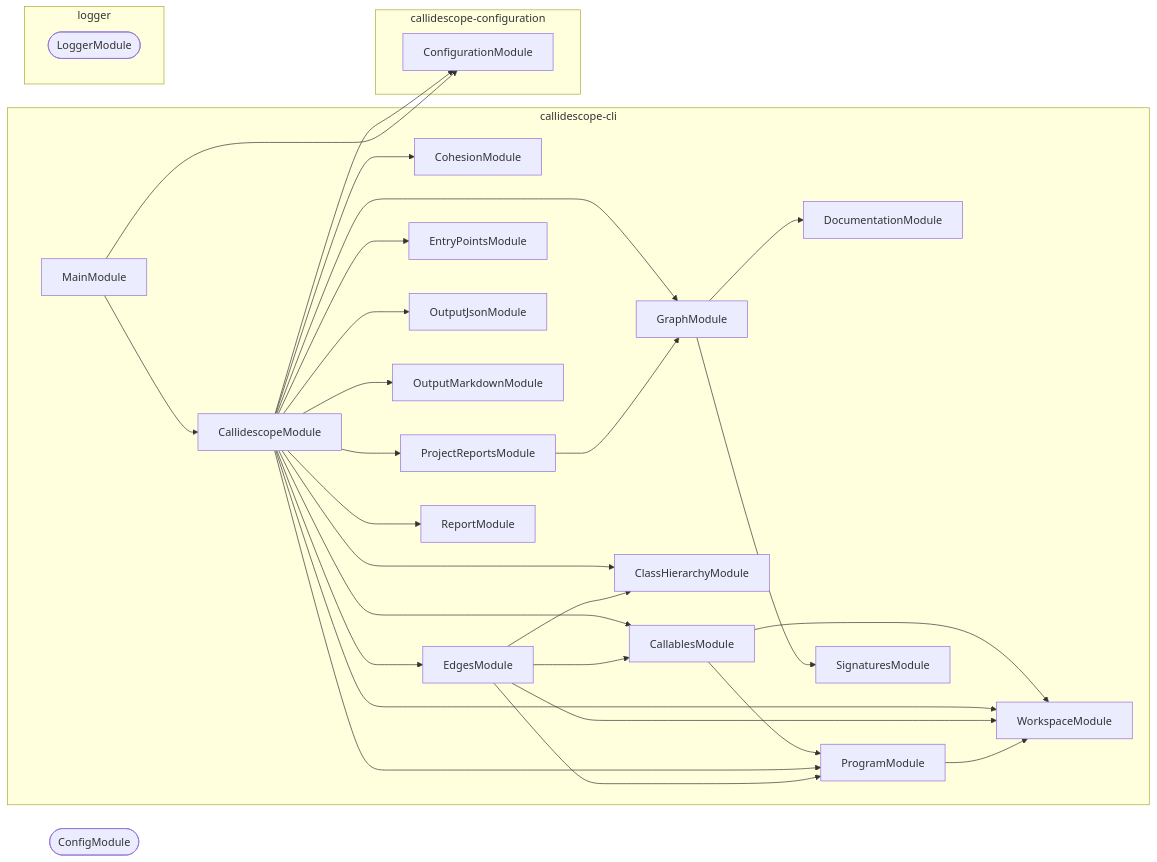
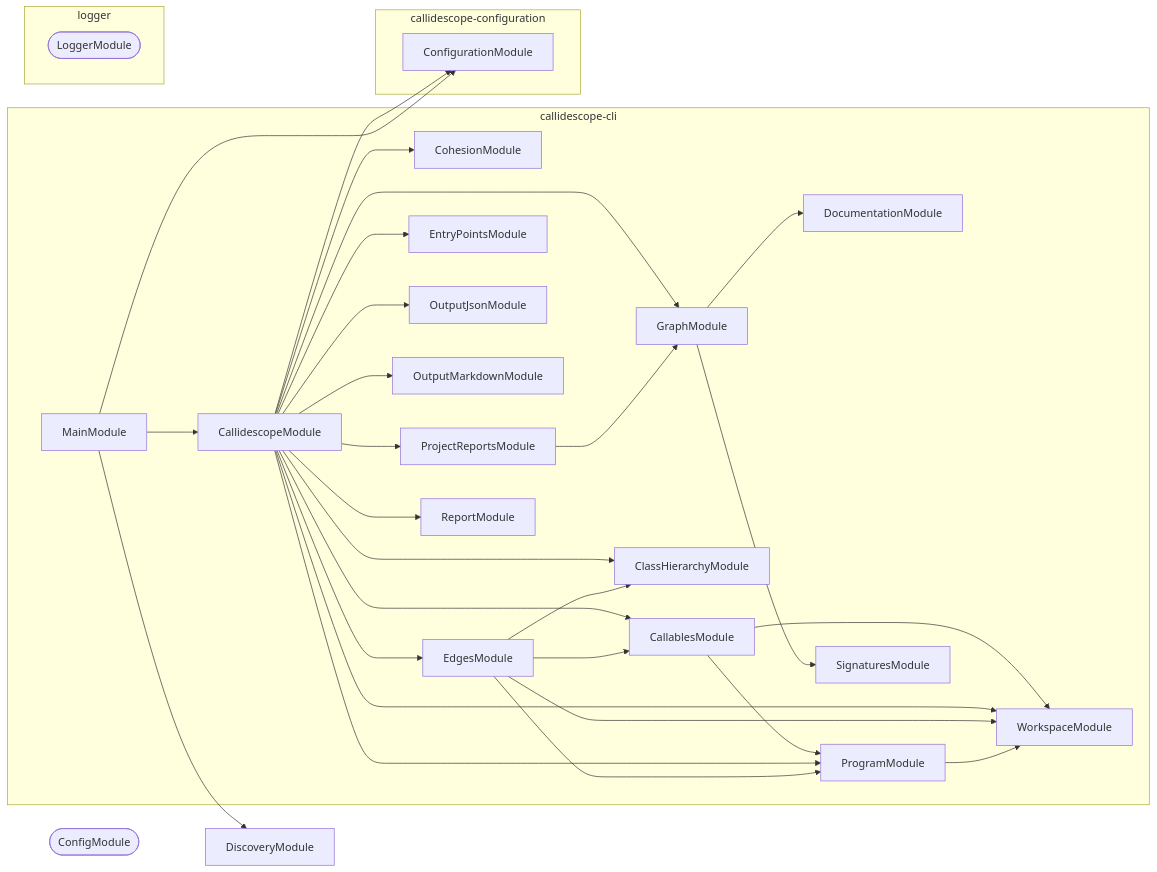
The second of 2 diagrams in packages/callidescope-cli/README.md (JimmyPaolini/codebase), drawn with Mermaid before and after one commit. The commit also changed other lines of this file and 4 other files, not shown here.

Commit message:
fix(callidescope): 🐛 import DiscoveryModule in the root module and add agent docs

````diff
--- a/packages/callidescope-cli/README.md
+++ b/packages/callidescope-cli/README.md
@@ -317,53 +317,55 @@
 ```mermaid
 flowchart LR
   subgraph group0["callidescope-cli"]
     CallablesModule
     CallidescopeModule
     ClassHierarchyModule
     CohesionModule
     DocumentationModule
     EdgesModule
     EntryPointsModule
     GraphModule
     MainModule
     OutputJsonModule
     OutputMarkdownModule
     ProgramModule
     ProjectReportsModule
     ReportModule
     SignaturesModule
     WorkspaceModule
   end
   subgraph group1["callidescope-configuration"]
     ConfigurationModule
   end
   subgraph group2["logger"]
     LoggerModule([LoggerModule])
   end
   ConfigModule([ConfigModule])
+  DiscoveryModule
   CallablesModule --> ProgramModule
   CallablesModule --> WorkspaceModule
   CallidescopeModule --> CallablesModule
   CallidescopeModule --> ClassHierarchyModule
   CallidescopeModule --> CohesionModule
   CallidescopeModule --> ConfigurationModule
   CallidescopeModule --> EdgesModule
   CallidescopeModule --> EntryPointsModule
   CallidescopeModule --> GraphModule
   CallidescopeModule --> OutputJsonModule
   CallidescopeModule --> OutputMarkdownModule
   CallidescopeModule --> ProgramModule
   CallidescopeModule --> ProjectReportsModule
   CallidescopeModule --> ReportModule
   CallidescopeModule --> WorkspaceModule
   EdgesModule --> CallablesModule
   EdgesModule --> ClassHierarchyModule
   EdgesModule --> ProgramModule
   EdgesModule --> WorkspaceModule
   GraphModule --> DocumentationModule
   GraphModule --> SignaturesModule
   MainModule --> CallidescopeModule
   MainModule --> ConfigurationModule
+  MainModule --> DiscoveryModule
   ProgramModule --> WorkspaceModule
   ProjectReportsModule --> GraphModule
 ```
````
